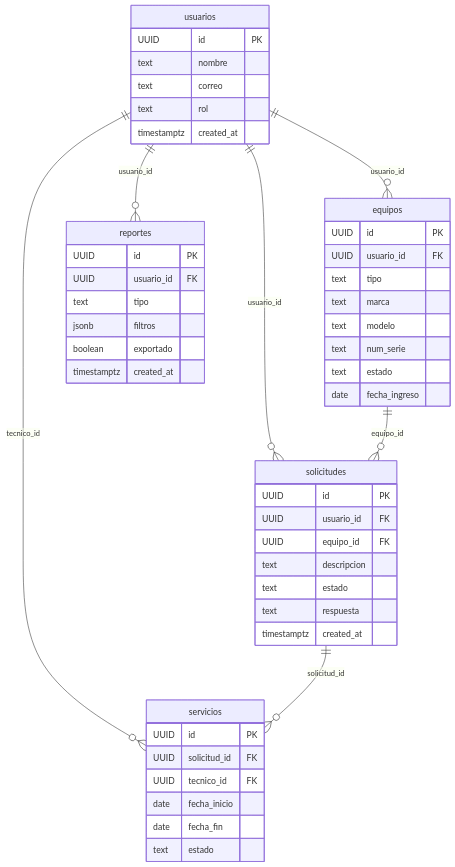
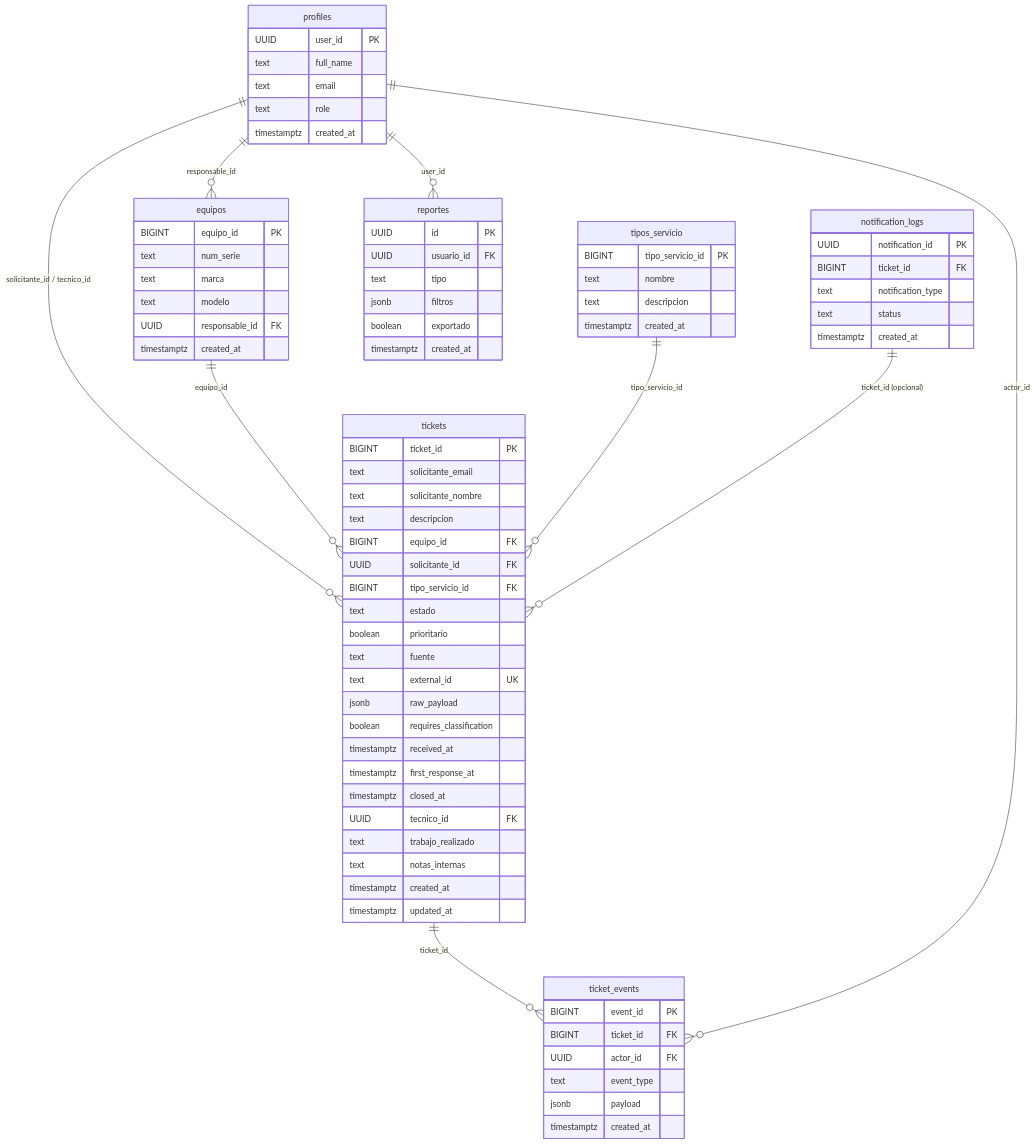
One commit to Gaman-AI/SISGEMEC changed the diagram in docs/project/database-schema.mdc. Above: the diagram before and after it, drawn with Mermaid. The commit also changed other lines of this file and 46 other files, not shown here.

````diff
--- a/docs/project/database-schema.mdc
+++ b/docs/project/database-schema.mdc
@@ -83,52 +123,79 @@
 ```mermaid
 erDiagram
-    usuarios ||--o{ equipos : "usuario_id"
-    usuarios ||--o{ solicitudes : "usuario_id"
-    usuarios ||--o{ servicios : "tecnico_id"
-    solicitudes ||--o{ servicios : "solicitud_id"
-    equipos ||--o{ solicitudes : "equipo_id"
-    usuarios ||--o{ reportes : "usuario_id"
+    profiles ||--o{ equipos : "responsable_id"
+    profiles ||--o{ tickets : "solicitante_id / tecnico_id"
+    equipos ||--o{ tickets : "equipo_id"
+    tipos_servicio ||--o{ tickets : "tipo_servicio_id"
+    tickets ||--o{ ticket_events : "ticket_id"
+    profiles ||--o{ ticket_events : "actor_id"
+    profiles ||--o{ reportes : "user_id"
+    notification_logs ||--o{ tickets : "ticket_id (opcional)"
 
-    usuarios {
-        UUID id PK
-        text nombre
-        text correo
-        text rol
+    profiles {
+        UUID user_id PK
+        text full_name
+        text email
+        text role
         timestamptz created_at
     }
     equipos {
-        UUID id PK
-        UUID usuario_id FK
-        text tipo
+        BIGINT equipo_id PK
+        text num_serie
         text marca
         text modelo
-        text num_serie
-        text estado
-        date fecha_ingreso
-    }
-    solicitudes {
-        UUID id PK
-        UUID usuario_id FK
-        UUID equipo_id FK
-        text descripcion
-        text estado
-        text respuesta
+        UUID responsable_id FK
         timestamptz created_at
     }
-    servicios {
-        UUID id PK
-        UUID solicitud_id FK
+    tipos_servicio {
+        BIGINT tipo_servicio_id PK
+        text nombre
+        text descripcion
+        timestamptz created_at
+    }
+    tickets {
+        BIGINT ticket_id PK
+        text solicitante_email
+        text solicitante_nombre
+        text descripcion
+        BIGINT equipo_id FK
+        UUID solicitante_id FK
+        BIGINT tipo_servicio_id FK
+        text estado
+        boolean prioritario
+        text fuente
+        text external_id UK
+        jsonb raw_payload
+        boolean requires_classification
+        timestamptz received_at
+        timestamptz first_response_at
+        timestamptz closed_at
         UUID tecnico_id FK
-        date fecha_inicio
-        date fecha_fin
-        text estado
+        text trabajo_realizado
+        text notas_internas
+        timestamptz created_at
+        timestamptz updated_at
+    }
+    ticket_events {
+        BIGINT event_id PK
+        BIGINT ticket_id FK
+        UUID actor_id FK
+        text event_type
+        jsonb payload
+        timestamptz created_at
     }
     reportes {
         UUID id PK
         UUID usuario_id FK
         text tipo
         jsonb filtros
         boolean exportado
         timestamptz created_at
     }
+    notification_logs {
+        UUID notification_id PK
+        BIGINT ticket_id FK
+        text notification_type
+        text status
+        timestamptz created_at
+    }
 ```
````
